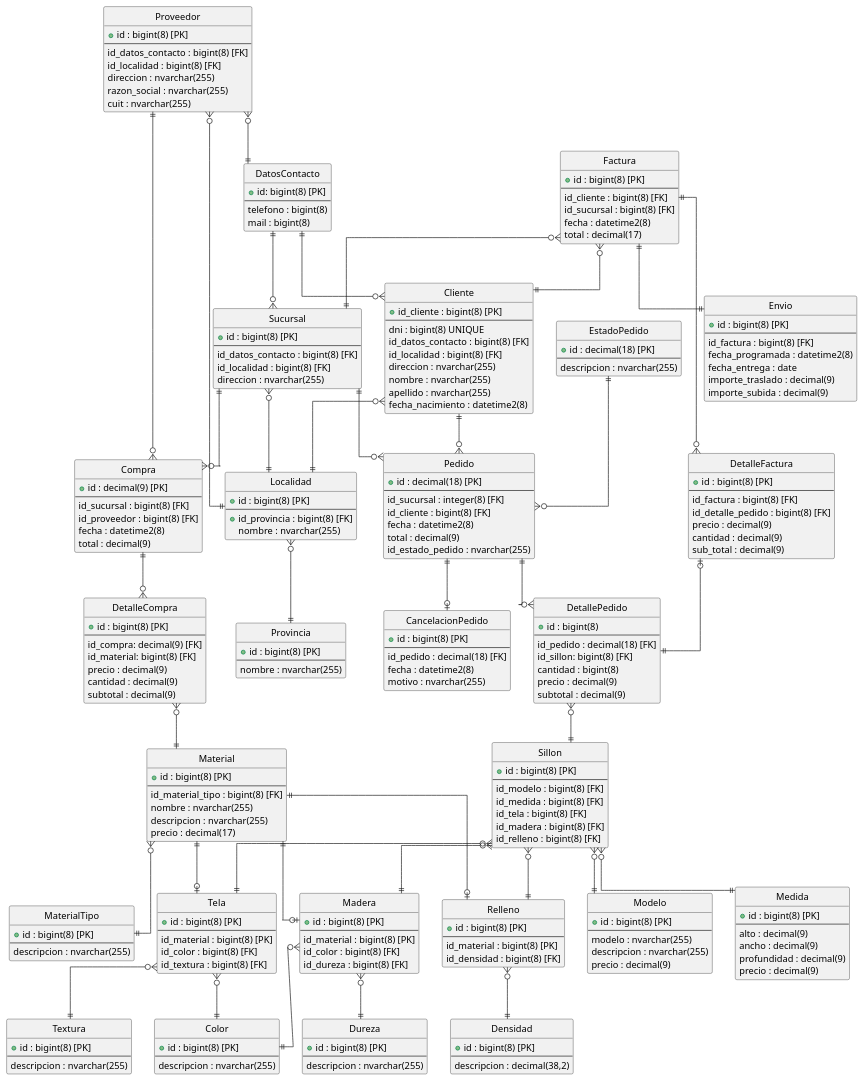
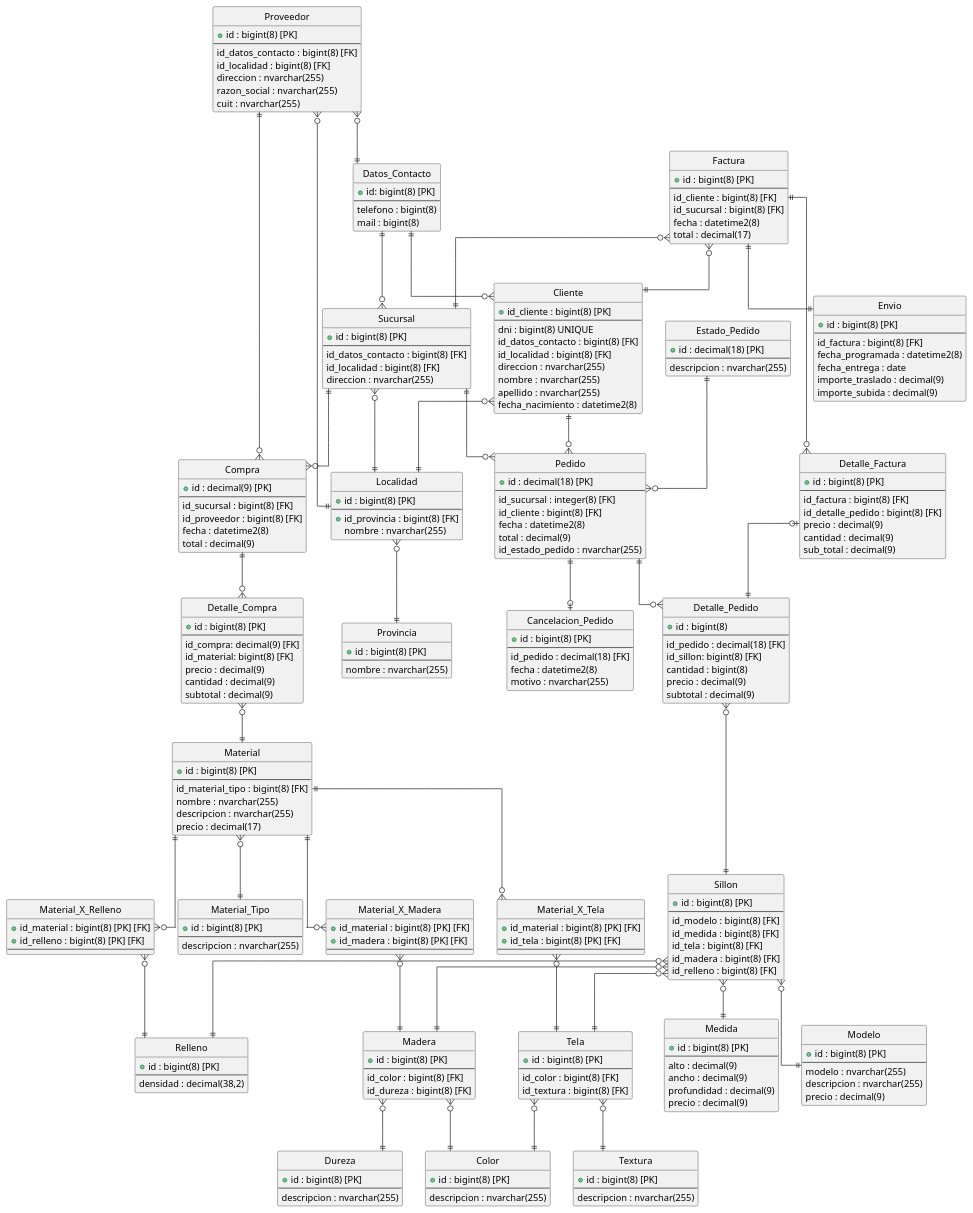
One commit to andrycarrasco/rejunte-sa-91 changed the diagram in der.puml. Above: the diagram before and after it, drawn with PlantUML. The commit also changed 1 other file, not shown here.

Commit message:
Se cambia la forma en la que materiales se relaciona con cada tipo

```diff
--- a/der.puml
+++ b/der.puml
@@ -14,13 +14,13 @@
   id_estado_pedido : nvarchar(255)
 }
 
-entity "EstadoPedido" {
+entity "Estado_Pedido" {
   + id : decimal(18) [PK]
   --
   descripcion : nvarchar(255)
 }
 
-entity "DetallePedido" {
+entity "Detalle_Pedido" {
   + id : bigint(8)
   --
   id_pedido : decimal(18) [FK]
@@ -30,7 +30,7 @@
   subtotal : decimal(9)
 }
 
-entity "CancelacionPedido" {
+entity "Cancelacion_Pedido" {
   + id : bigint(8) [PK]
   --
   id_pedido : decimal(18) [FK]
@@ -58,7 +58,7 @@
   fecha_nacimiento : datetime2(8)
 }
 
-entity "DatosContacto" {
+entity "Datos_Contacto" {
   + id: bigint(8) [PK]
   --
   telefono : bigint(8)
@@ -107,7 +107,7 @@
   total : decimal(9)
 }
 
-entity "DetalleFactura" {
+entity "Detalle_Factura" {
   + id : bigint(8) [PK]
   --
   id_factura : bigint(8) [FK]
@@ -117,7 +117,7 @@
   sub_total : decimal(9)
 }
 
-entity "DetalleCompra" {
+entity "Detalle_Compra" {
   + id : bigint(8) [PK]
   --
   id_compra: decimal(9) [FK]
@@ -151,14 +151,7 @@
 entity "Relleno" {
   + id : bigint(8) [PK]
   --
-  id_material : bigint(8) [PK]
-  id_densidad : bigint(8) [FK]
-}
-
-entity "Densidad" {
-  + id : bigint(8) [PK]
-  --
-  descripcion : decimal(38,2)
+  densidad : decimal(38,2)
 }
 
 entity "Modelo" {
@@ -182,7 +175,6 @@
 entity "Tela" {
   + id : bigint(8) [PK]
   --
-  id_material : bigint(8) [PK]
   id_color : bigint(8) [FK]
   id_textura : bigint(8) [FK]
 }
@@ -196,7 +188,6 @@
 entity "Madera" {
   + id : bigint(8) [PK]
   --
-  id_material : bigint(8) [PK]
   id_color : bigint(8) [FK]
   id_dureza : bigint(8) [FK]
 }
@@ -207,7 +198,7 @@
   descripcion : nvarchar(255)
 }
 
-entity "MaterialTipo" {
+entity "Material_Tipo" {
   + id : bigint(8) [PK]
   --
   descripcion : nvarchar(255)
@@ -222,6 +213,24 @@
   precio : decimal(17)
 }
 
+entity "Material_X_Tela" {
+  + id_material : bigint(8) [PK] [FK]
+  + id_tela : bigint(8) [PK] [FK]
+  --
+}
+
+entity "Material_X_Madera" {
+  + id_material : bigint(8) [PK] [FK]
+  + id_madera : bigint(8) [PK] [FK]
+  --
+}
+
+entity "Material_X_Relleno" {
+  + id_material : bigint(8) [PK] [FK]
+  + id_relleno : bigint(8) [PK] [FK]
+  --
+}
+
 entity "Color" {
   + id : bigint(8) [PK]
   --
@@ -234,19 +243,19 @@
 Sucursal ||--o{ Pedido 
 Sucursal ||--o{ Compra 
 Proveedor ||--o{ Compra 
-Pedido ||--o| CancelacionPedido
-Proveedor }o--|| DatosContacto
+Pedido ||--o| Cancelacion_Pedido
+Proveedor }o--|| Datos_Contacto
 
 Cliente }o--|| Localidad
 Sucursal }o--|| Localidad
 Proveedor }o--|| Localidad
 Localidad }o--|| Provincia
 
-DetallePedido }o--|| Sillon
-Pedido ||--o{ DetallePedido 
-Factura ||--o{ DetalleFactura 
+Detalle_Pedido }o--|| Sillon
+Pedido ||--o{ Detalle_Pedido 
+Factura ||--o{ Detalle_Factura 
 Factura ||--|| Envio 
-Compra ||--o{ DetalleCompra 
+Compra ||--o{ Detalle_Compra 
 
 Madera }o--|| Color
 Tela }o--|| Color
@@ -258,24 +267,27 @@
 Sillon }o--|| Relleno
 
 ' Relaciones de materiales
-Material }o--|| MaterialTipo
+Material }o--|| Material_Tipo
 
-Material ||--o| Relleno
-Material ||--o| Madera
-Material ||--o| Tela
+Material_X_Madera }o--|| Madera
+Material_X_Tela }o--|| Tela
+Material_X_Relleno }o--|| Relleno
+
+Material ||--o{ Material_X_Relleno
+Material ||--o{ Material_X_Madera
+Material ||--o{ Material_X_Tela
 
 Madera }o--|| Dureza
-Relleno }o--|| Densidad
 Tela }o--|| Textura
 
 Factura }o--|| Cliente
 Factura }o--|| Sucursal
 
 ' Relaciones de datos personales
-DatosContacto ||--o{ Sucursal 
-DatosContacto ||--o{ Cliente 
-DetalleCompra }o--|| Material
-EstadoPedido ||--o{ Pedido
-DetalleFactura |o--|| DetallePedido
+Datos_Contacto ||--o{ Sucursal 
+Datos_Contacto ||--o{ Cliente 
+Detalle_Compra }o--|| Material
+Estado_Pedido ||--o{ Pedido
+Detalle_Factura |o--|| Detalle_Pedido
 
 @enduml
```
